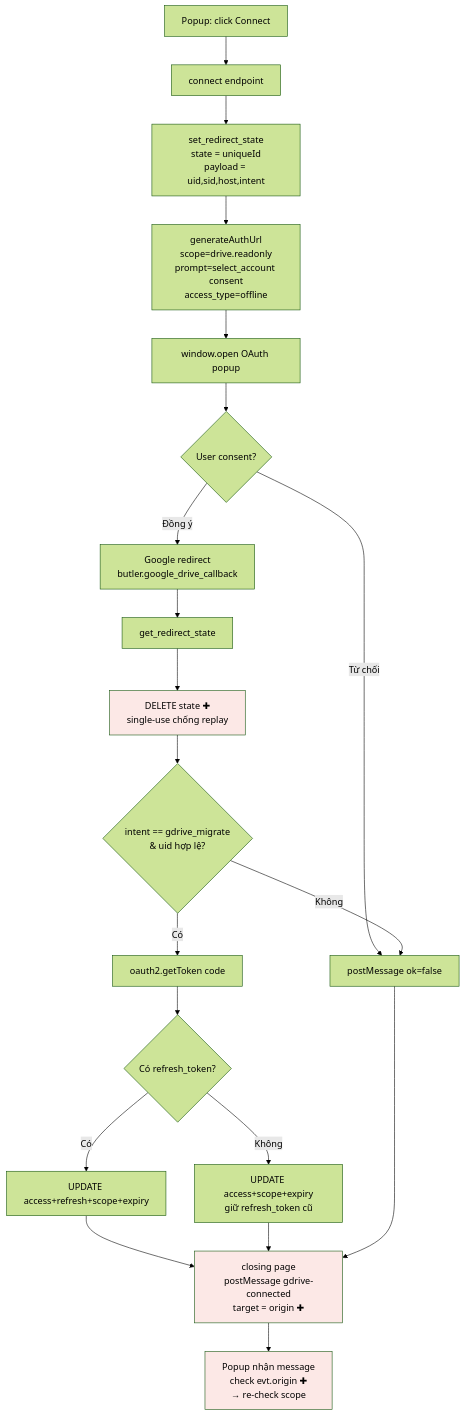
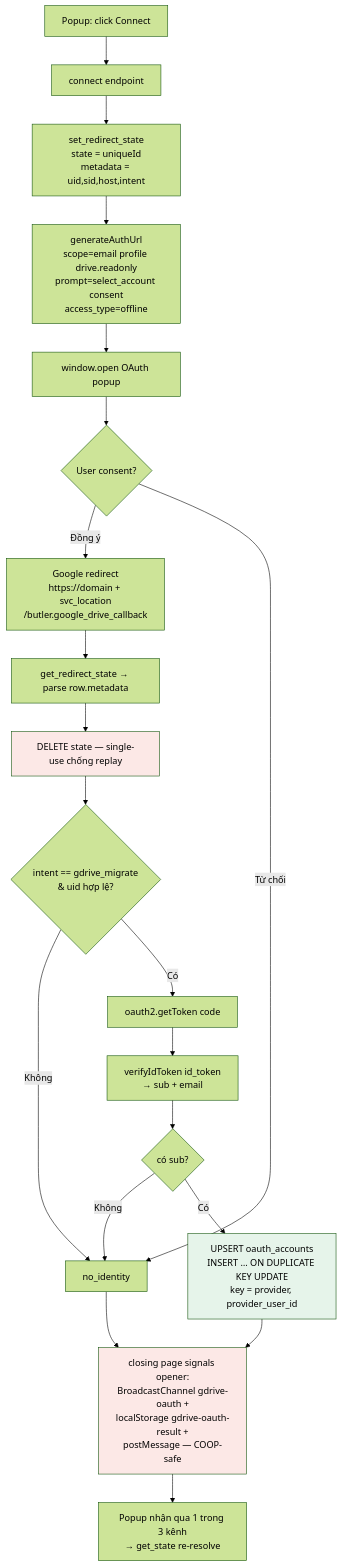
One commit to drumee/ui-team changed the fourth of 7 diagrams in docs/gdrive-migration-workflow.md. Above: the diagram before and after it, drawn with Mermaid (forest theme). The commit also changed other lines of this file, not shown here.

First line of the commit message:
Update Google Drive migration workflow documentation

````diff
--- a/docs/gdrive-migration-workflow.md
+++ b/docs/gdrive-migration-workflow.md
@@ -157,27 +167,27 @@
 ```mermaid
 flowchart TD
     A[Popup: click Connect] --> B[connect endpoint]
-    B --> C[set_redirect_state<br/>state = uniqueId<br/>payload = uid,sid,host,intent]
-    C --> D[generateAuthUrl<br/>scope=drive.readonly<br/>prompt=select_account consent<br/>access_type=offline]
+    B --> C[set_redirect_state<br/>state = uniqueId<br/>metadata = uid,sid,host,intent]
+    C --> D[generateAuthUrl<br/>scope=email profile drive.readonly<br/>prompt=select_account consent<br/>access_type=offline]
     D --> E[window.open OAuth popup]
     E --> F{User consent?}
-    F -->|Đồng ý| G[Google redirect<br/>butler.google_drive_callback]
-    F -->|Từ chối| X[postMessage ok=false]
+    F -->|Đồng ý| G[Google redirect<br/>https://domain + svc_location<br/>/butler.google_drive_callback]
+    F -->|Từ chối| X[signal ok=false]
 
-    G --> H[get_redirect_state]
-    H --> I[DELETE state ✚<br/>single-use chống replay]
+    G --> H[get_redirect_state → parse row.metadata]
+    H --> I[DELETE state — single-use chống replay]
     I --> J{intent == gdrive_migrate<br/>& uid hợp lệ?}
     J -->|Không| X
     J -->|Có| K[oauth2.getToken code]
-    K --> L{Có refresh_token?}
-    L -->|Có| M[UPDATE access+refresh+scope+expiry]
-    L -->|Không| N[UPDATE access+scope+expiry<br/>giữ refresh_token cũ]
-    M --> O[closing page<br/>postMessage gdrive-connected<br/>target = origin ✚]
-    N --> O
+    K --> L[verifyIdToken id_token<br/>→ sub + email]
+    L --> M{có sub?}
+    M -->|Không| X[no_identity]
+    M -->|Có| N[UPSERT oauth_accounts<br/>INSERT … ON DUPLICATE KEY UPDATE<br/>key = provider, provider_user_id]
+    N --> O[closing page signals opener:<br/>BroadcastChannel gdrive-oauth +<br/>localStorage gdrive-oauth-result +<br/>postMessage — COOP-safe]
     X --> O
-    O --> P[Popup nhận message<br/>check evt.origin ✚<br/>→ re-check scope]
+    O --> P[Popup nhận qua 1 trong 3 kênh<br/>→ get_state re-resolve]
 
     style I fill:#fce8e6
+    style N fill:#e6f4ea
     style O fill:#fce8e6
-    style P fill:#fce8e6
 ```
````
